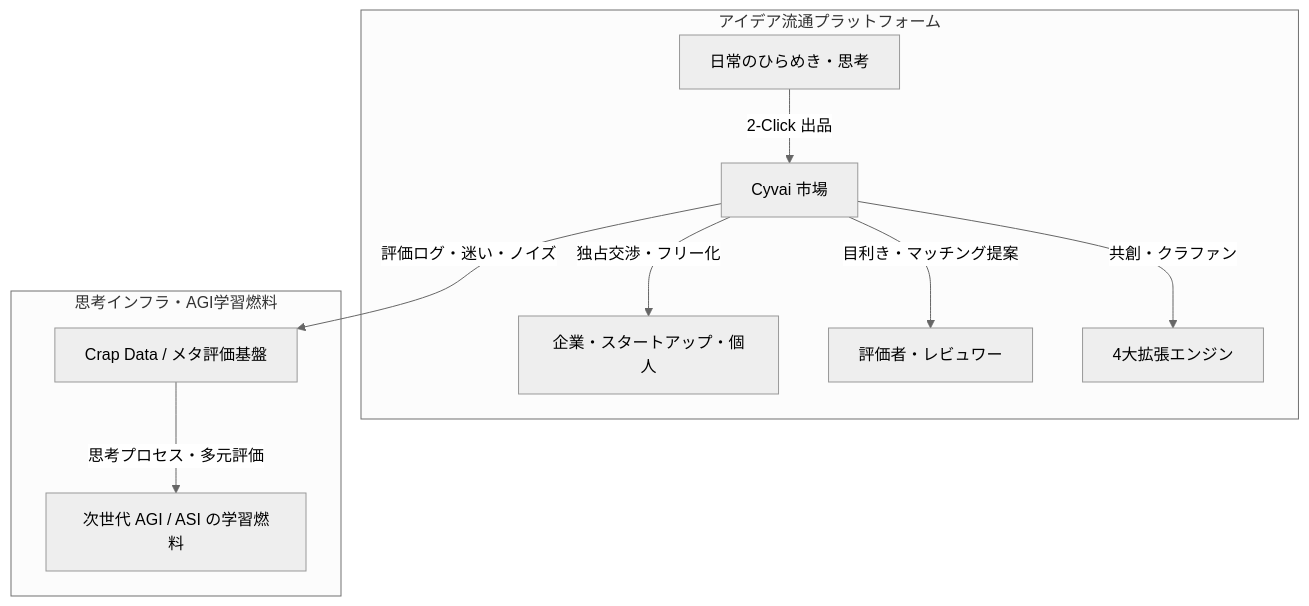
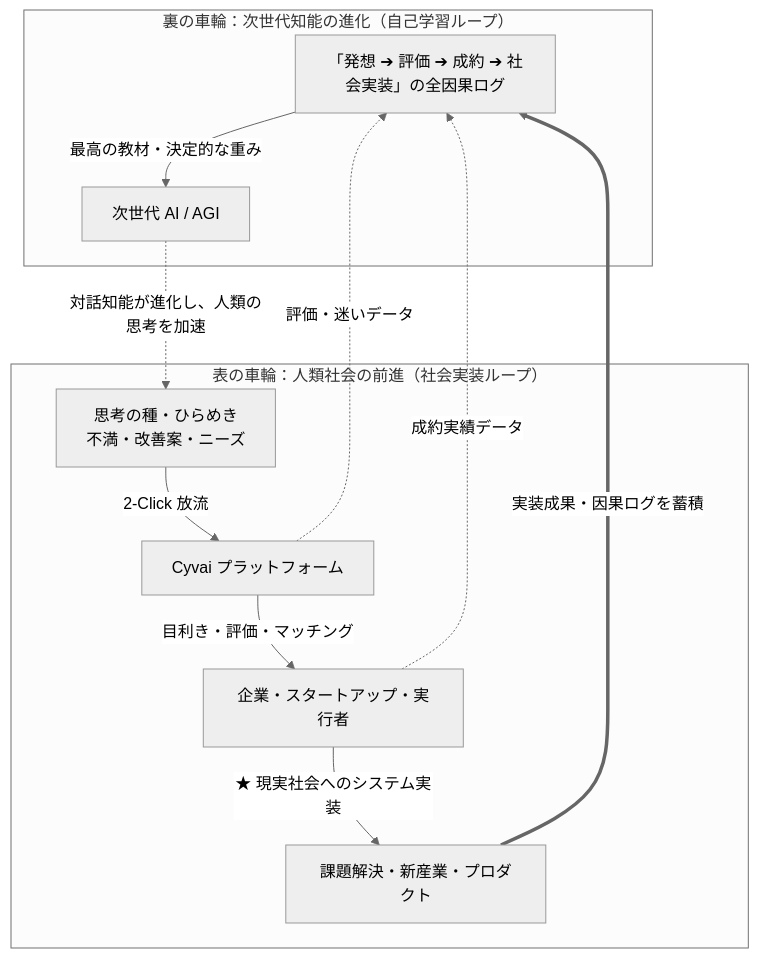
Before and after one commit to cy-vai/Cyvai: the diagram in Cyvai_Blueprint.md, drawn with Mermaid (neutral theme). The commit also changed other lines of this file and 1 other file, not shown here.

Commit message:
docs: 小説第29話ロジック（永久自己進化エンジン・社会実装ループ）に基づくアーキテクチャ図および設計書・READMEの刷新

````diff
--- a/Cyvai_Blueprint.md
+++ b/Cyvai_Blueprint.md
@@ -32,14 +32,22 @@
 ```mermaid
 graph TD
-    subgraph 第1の輪 [アイデア流通プラットフォーム]
-        User[日常のひらめき・思考] -->|2-Click 出品| Platform[Cyvai 市場]
-        Platform -->|独占交渉・フリー化| Buy[企業・スタートアップ・個人]
-        Platform -->|目利き・マッチング提案| Reviewers[評価者・レビュワー]
-        Platform -->|共創・クラファン| Engines[4大拡張エンジン]
+    %% 先に裏を書く（下に配置される）
+    subgraph 裏の車輪 [裏の車輪：次世代知能の進化（自己学習ループ）]
+        Process["「発想 ➔ 評価 ➔ 成約 ➔ 社会実装」の全因果ログ"] -->|最高の教材・決定的な重み| NextAI[次世代 AI / AGI]
     end
-    
-    subgraph 第2の輪 [思考インフラ・AGI学習燃料]
-        Platform -->|評価ログ・迷い・ノイズ| DataEngine[Crap Data / メタ評価基盤]
-        DataEngine -->|思考プロセス・多元評価| AGI[次世代 AGI / ASI の学習燃料]
+
+    %% 後に表を書く（上に配置される）
+    subgraph 表の車輪 [表の車輪：人類社会の前進（社会実装ループ）]
+        Human["思考の種・ひらめき<br>不満・改善案・ニーズ"] -->|2-Click 放流| Cyvai[Cyvai プラットフォーム]
+        Cyvai -->|目利き・評価・マッチング| Biz[企業・スタートアップ・実行者]
+        Biz -->|★ 現実社会へのシステム実装| Society[課題解決・新産業・プロダクト]
     end
+
+    %% 表から裏へ（太線）
+    Society ==>|実装成果・因果ログを蓄積| Process
+    Cyvai -.->|評価・迷いデータ| Process
+    Biz -.->|成約実績データ| Process
+
+    %% 裏から表へ（点線）
+    NextAI -.->|対話知能が進化し、人類の思考を加速| Human
 ```
````
